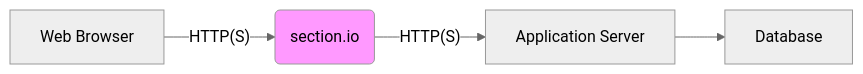
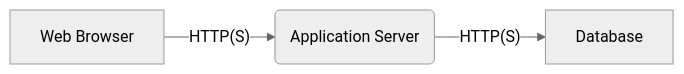
Before and after one commit to sudosoph/docs: the first of 2 diagrams in content/getting-started/overview/_index.md, drawn with Mermaid (neutral theme). The commit also changed other lines of this file and 14 other files, not shown here.

```diff
--- a/content/getting-started/overview/_index.md
+++ b/content/getting-started/overview/_index.md
@@ -20,7 +21,5 @@
-{{<mermaid align="left">}}
+{{<mermaid align="center">}}
 graph LR;
-    A[Web Browser] -->|"HTTP(S)"| B(section.io)
-    B -->|"HTTP(S)"| C[Application Server]
-    C --> D[Database]
-    style B fill:#f9f
+    A[Web Browser] -->|"HTTP(S)"| B(Application Server)
+    B -->|"HTTP(S)"| C[Database]
 {{< /mermaid >}}
```
